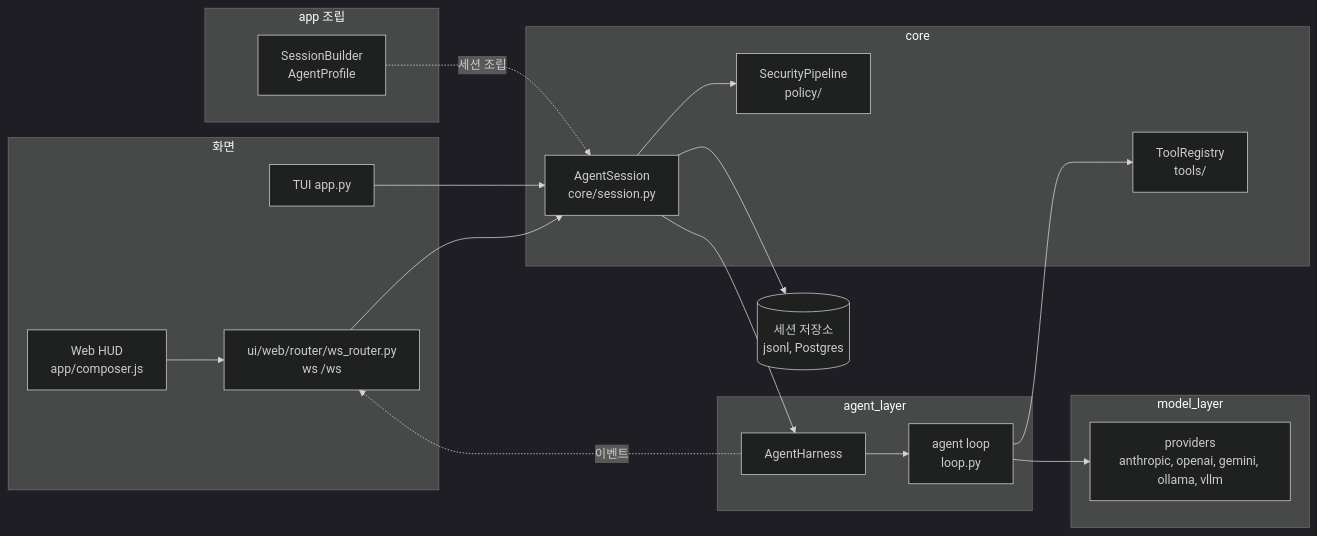
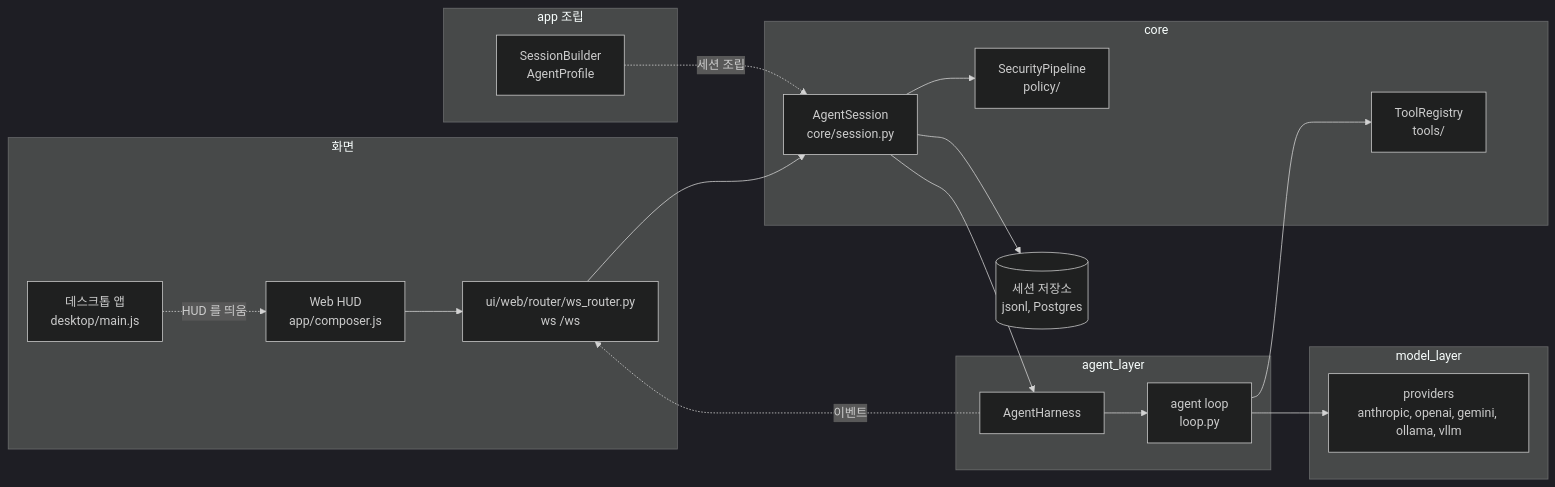
One commit to ash-hun/jarvis-agent changed the fourth of 4 diagrams in website/docs/concepts/architecture.md. Above: the diagram before and after it, drawn with Mermaid (dark theme). The commit also changed other lines of this file and 97 other files, not shown here.

First line of the commit message:
Feat: TUI 를 없애고 Web HUD 에 FLOW, SET 화면을 더해 Electron 데스크톱 앱으로 띄운다

````diff
--- a/website/docs/concepts/architecture.md
+++ b/website/docs/concepts/architecture.md
@@ -219,32 +219,32 @@
 ```mermaid
 flowchart LR
   subgraph UI[화면]
     HUD[Web HUD<br/>app/composer.js]
-    TUI[TUI app.py]
+    DESK[데스크톱 앱<br/>desktop/main.js]
     WS["ui/web/router/ws_router.py<br/>ws /ws"]
   end
   subgraph APP[app 조립]
     SB[SessionBuilder<br/>AgentProfile]
   end
   subgraph CORE[core]
     SES[AgentSession<br/>core/session.py]
     SEC[SecurityPipeline<br/>policy/]
     REG[ToolRegistry<br/>tools/]
   end
   subgraph AGENT[agent_layer]
     HAR[AgentHarness]
     LOOP[agent loop<br/>loop.py]
   end
   subgraph MODEL[model_layer]
     PROV[providers<br/>anthropic, openai, gemini, ollama, vllm]
   end
   REPO[(세션 저장소<br/>jsonl, Postgres)]
+  DESK -. HUD 를 띄움 .-> HUD
   HUD --> WS --> SES
-  TUI --> SES
   SB -. 세션 조립 .-> SES
   SES --> SEC
   SES --> HAR --> LOOP --> PROV
   LOOP --> REG
   SES --> REPO
   HAR -. 이벤트 .-> WS
 ```
````
